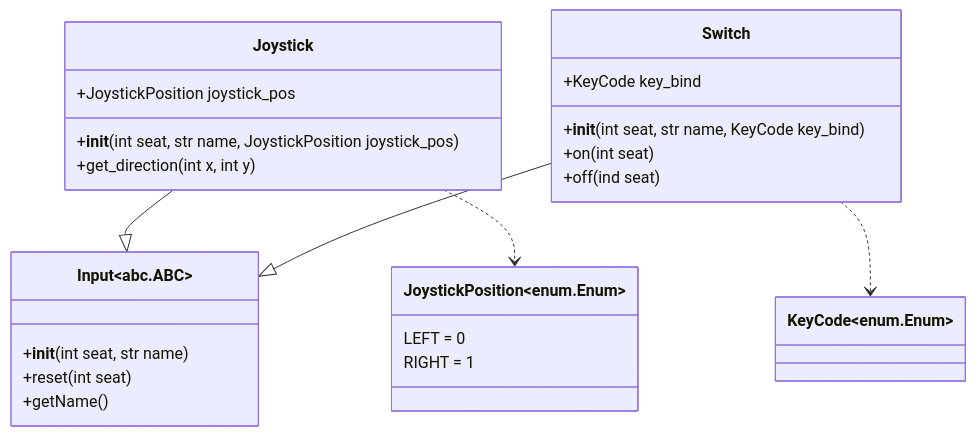
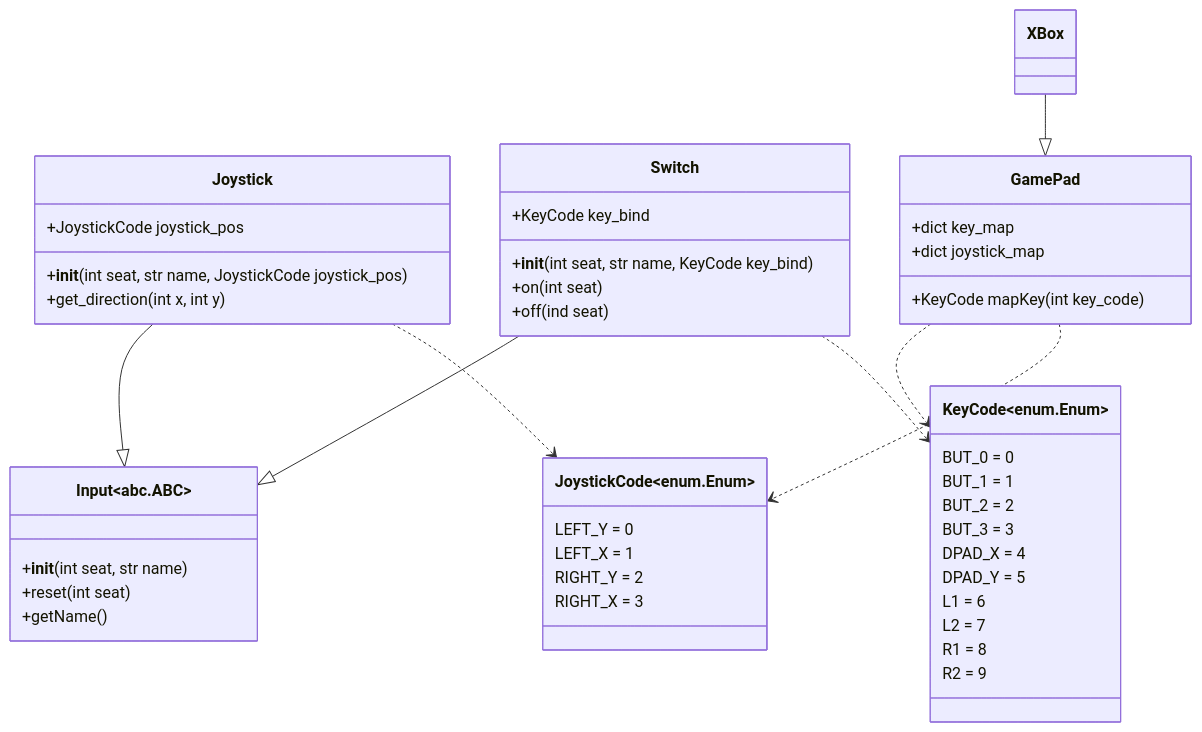
One commit to 4D-Game/CrazyComet changed the first of 2 diagrams in docs/sdk/index.md. Above: the diagram before and after it, drawn with Mermaid. The commit also changed other lines of this file and 3 other files, not shown here.

````diff
--- a/docs/sdk/index.md
+++ b/docs/sdk/index.md
@@ -6,33 +6,57 @@
 ```mermaid
 classDiagram
   class Input~abc.ABC~{
     +__init__(int seat, str name)
     +reset(int seat)
     +getName()
   }
 
   class Joystick{
-    +JoystickPosition joystick_pos
-    +__init__(int seat, str name, JoystickPosition joystick_pos)
+    +JoystickCode joystick_pos
+    +__init__(int seat, str name, JoystickCode joystick_pos)
     +get_direction(int x, int y)
   }
   Joystick --|> Input
 
-  class JoystickPosition~enum.Enum~{
-    LEFT = 0
-    RIGHT = 1
+  class JoystickCode~enum.Enum~{
+    LEFT_Y = 0
+    LEFT_X = 1
+    RIGHT_Y = 2
+    RIGHT_X = 3
   }
-  Joystick ..> JoystickPosition
+  Joystick ..> JoystickCode
 
   Switch --|> Input
   class Switch{
     +KeyCode key_bind
     +__init__(int seat, str name, KeyCode key_bind)
     +on(int seat)
     +off(ind seat)
   }
 
   class KeyCode~enum.Enum~{
+    BUT_0 = 0
+    BUT_1 = 1
+    BUT_2 = 2
+    BUT_3 = 3
+    DPAD_X = 4
+    DPAD_Y = 5
+    L1 = 6
+    L2 = 7
+    R1 = 8
+    R2 = 9
   }
   Switch ..> KeyCode
+
+  class GamePad {
+    +dict key_map
+    +dict joystick_map
+    +KeyCode mapKey(int key_code)
+  }
+  GamePad ..> KeyCode
+  GamePad ..> JoystickCode
+
+  class XBox {
+  }
+  XBox --|> GamePad
 ```
````
